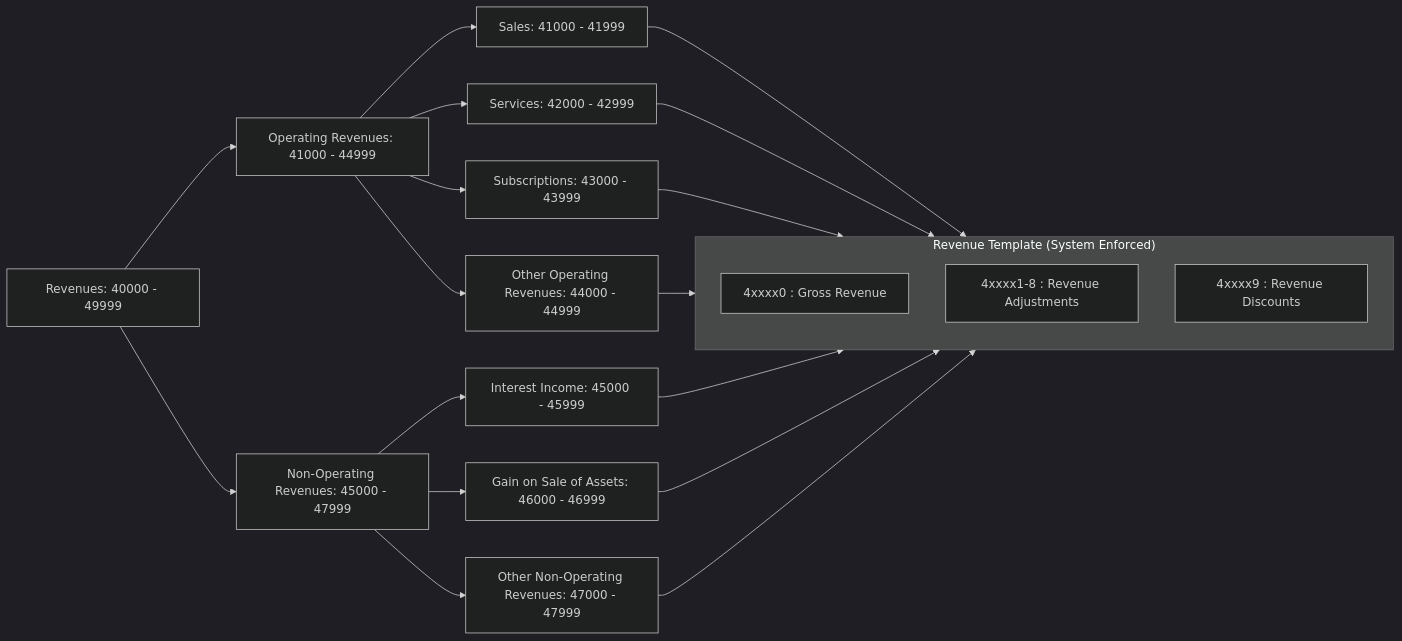
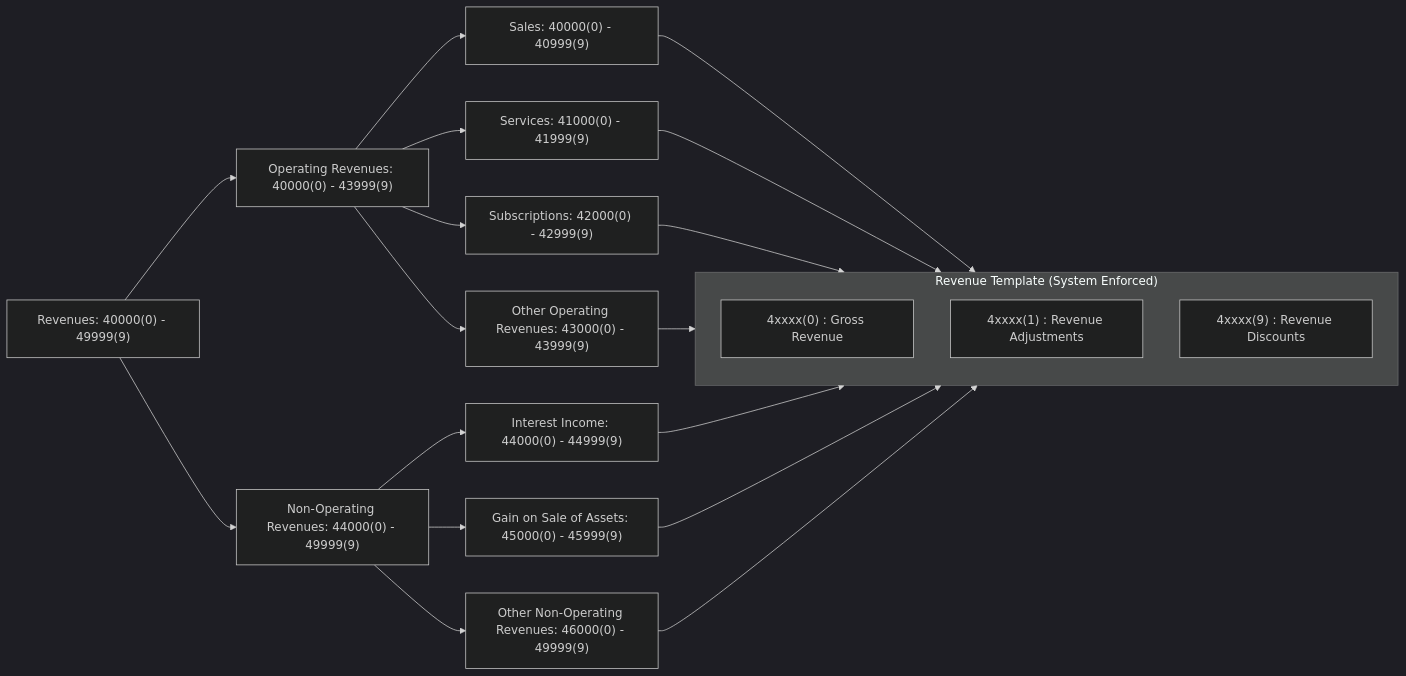
Before and after one commit to oosahon/ledgernova-core: the diagram in src/domain/accounting/__doc__/assets/coa-revenues.mermaid, drawn with Mermaid (dark theme). The commit also changed 10 other files, not shown here.

```diff
--- a/src/domain/accounting/__doc__/assets/coa-revenues.mermaid
+++ b/src/domain/accounting/__doc__/assets/coa-revenues.mermaid
@@ -1,27 +1,27 @@
 flowchart LR
     %% Template is enforced on all revenue accounts, including Other*
     subgraph RevenueTemplate ["Revenue Template (System Enforced)"]
-        Standard["4xxxx0 : Gross Revenue"]
-        Adjunct["4xxxx1-8 : Revenue Adjustments"]
-        Contra["4xxxx9 : Revenue Discounts"]
+        Standard["4xxxx(0) : Gross Revenue"]
+        Adjunct["4xxxx(1) : Revenue Adjustments"]
+        Contra["4xxxx(9) : Revenue Discounts"]
     end
 
-    Revenues["Revenues: 40000 - 49999"]
+    Revenues["Revenues: 40000(0) - 49999(9)"]
 
-    OperatingRevenues["Operating Revenues: 41000 - 44999"]
-        Sales["Sales: 41000 - 41999"]
-        Services["Services: 42000 - 42999"]
-        Subscriptions["Subscriptions: 43000 - 43999"]
-        OtherOperatingRevenues["Other Operating Revenues: 44000 - 44999"]
-    NonOperatingRevenues["Non-Operating Revenues: 45000 - 47999"]
-        InterestIncome["Interest Income: 45000 - 45999"]
-        GainOnSale["Gain on Sale of Assets: 46000 - 46999"]
-        OtherNonOperatingRevenues["Other Non-Operating Revenues: 47000 - 47999"]
+    OperatingRevenues["Operating Revenues: 40000(0) - 43999(9)"]
+        Sales["Sales: 40000(0) - 40999(9)"]
+        Services["Services: 41000(0) - 41999(9)"]
+        Subscriptions["Subscriptions: 42000(0) - 42999(9)"]
+        OtherOperatingRevenues["Other Operating Revenues: 43000(0) - 43999(9)"]
+    NonOperatingRevenues["Non-Operating Revenues: 44000(0) - 49999(9)"]
+        InterestIncome["Interest Income: 44000(0) - 44999(9)"]
+        GainOnSale["Gain on Sale of Assets: 45000(0) - 45999(9)"]
+        OtherNonOperatingRevenues["Other Non-Operating Revenues: 46000(0) - 49999(9)"]
 
 
     
     Revenues --> OperatingRevenues & NonOperatingRevenues
     OperatingRevenues --> Sales & Services & Subscriptions & OtherOperatingRevenues
     NonOperatingRevenues --> InterestIncome & GainOnSale & OtherNonOperatingRevenues
 
     Sales & Services & Subscriptions & OtherOperatingRevenues & InterestIncome & GainOnSale & OtherNonOperatingRevenues --> RevenueTemplate
```
